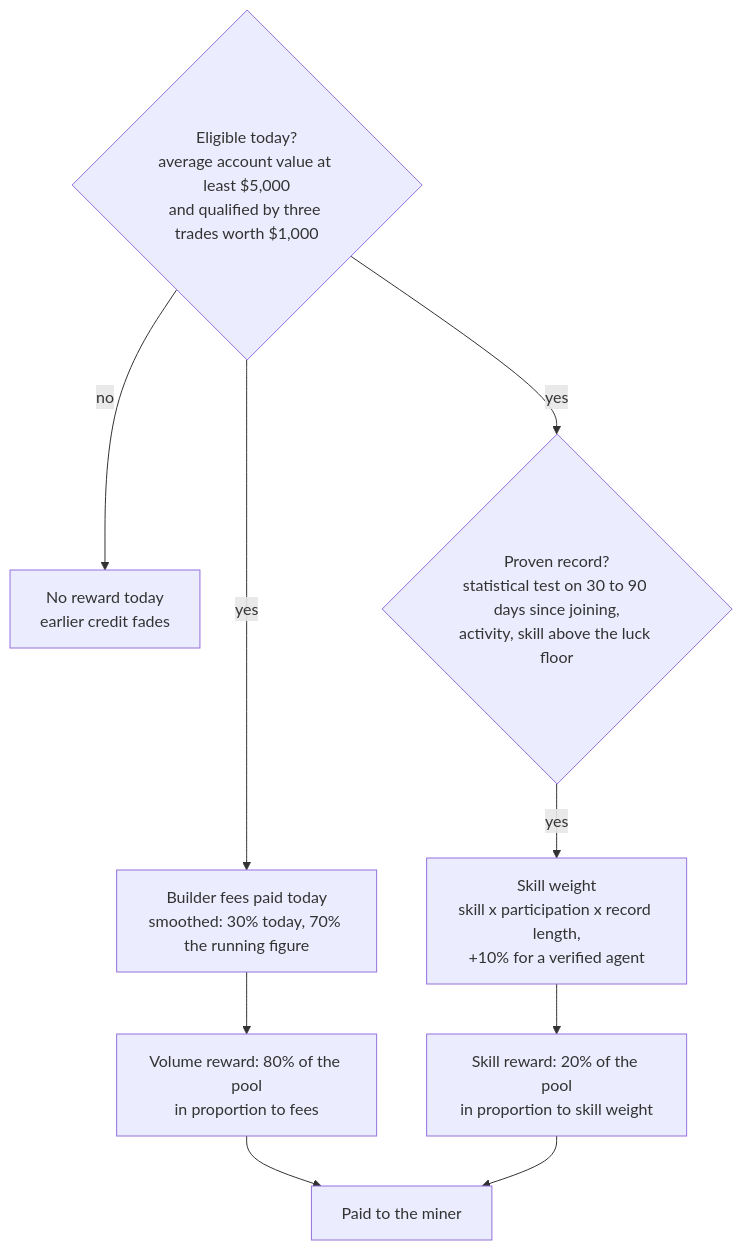
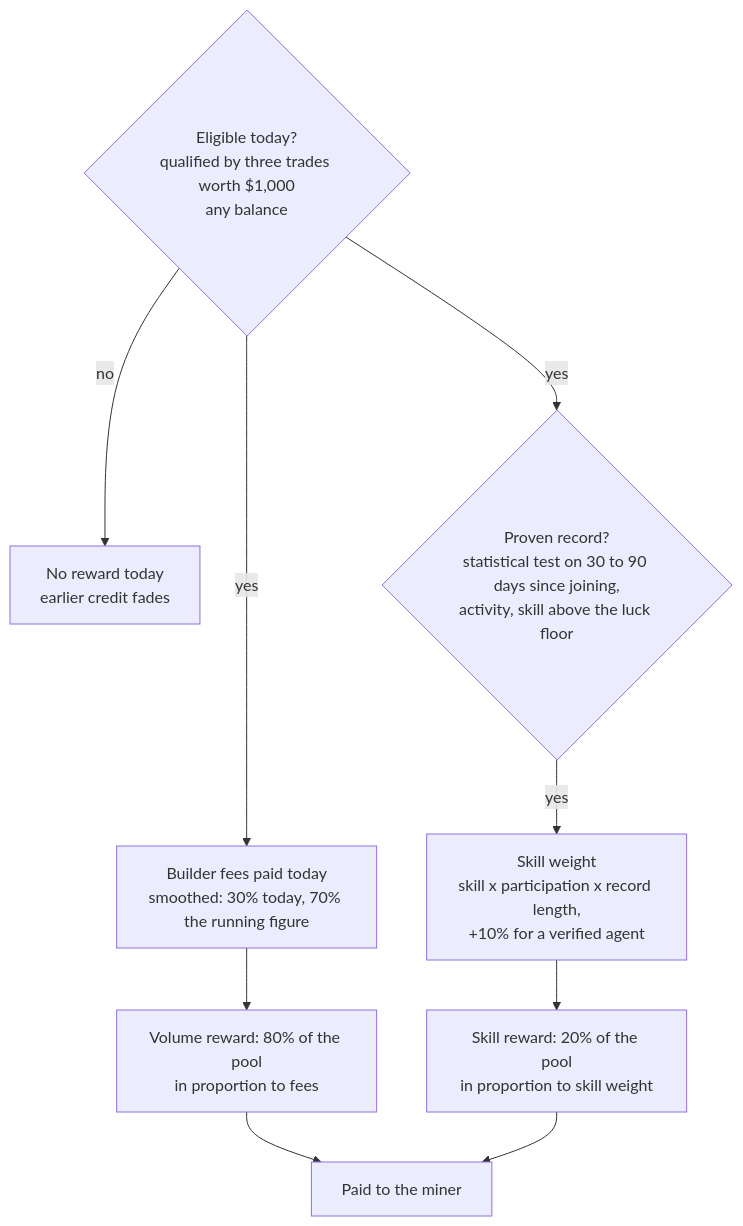
Before and after one commit to kokoahdotcom/kokoah-subnet: the third of 3 diagrams in docs/whitepaper.md, drawn with Mermaid. The commit also changed other lines of this file and 7 other files, not shown here.

Commit message:
state no minimum account value and the return base from 2026-11-27

````diff
--- a/docs/whitepaper.md
+++ b/docs/whitepaper.md
@@ -129,11 +129,11 @@
 ```mermaid
 flowchart TD
-  E{Eligible today?<br/>average account value at least $5,000<br/>and qualified by three trades worth $1,000} -->|no| Z[No reward today<br/>earlier credit fades]
+  E{Eligible today?<br/>qualified by three trades worth $1,000<br/>any balance} -->|no| Z[No reward today<br/>earlier credit fades]
   E -->|yes| F[Builder fees paid today<br/>smoothed: 30% today, 70% the running figure]
   F --> VP[Volume reward: 80% of the pool<br/>in proportion to fees]
   E -->|yes| S{Proven record?<br/>statistical test on 30 to 90 days since joining,<br/>activity, skill above the luck floor}
   S -->|yes| W[Skill weight<br/>skill x participation x record length,<br/>+10% for a verified agent]
   W --> SP[Skill reward: 20% of the pool<br/>in proportion to skill weight]
   VP --> PAY[Paid to the miner]
   SP --> PAY
 ```
````
